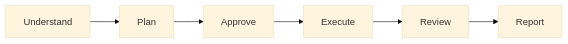
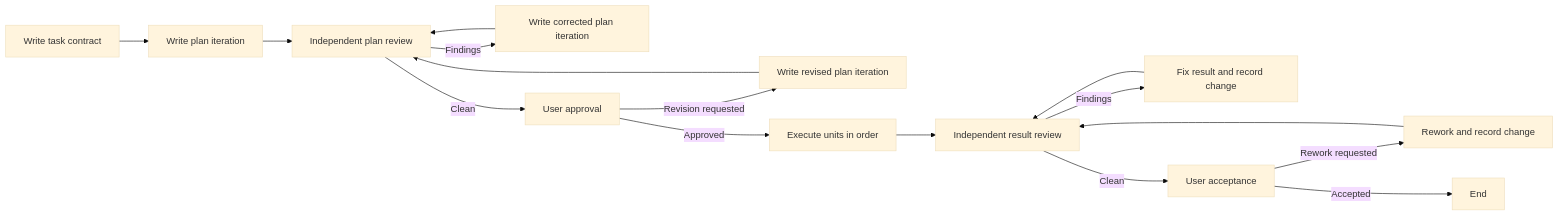
One commit to moira-mcp/moira changed the diagram in packages/docs/src/content/docs/docs/reference/workflows/quick-task.mdx. Above: the diagram before and after it, drawn with Mermaid (base theme). The commit also changed other lines of this file and 91 other files, not shown here.

First line of the commit message:
feat(workflows): apply robust flow refactor bundle

````diff
--- a/packages/docs/src/content/docs/docs/reference/workflows/quick-task.mdx
+++ b/packages/docs/src/content/docs/docs/reference/workflows/quick-task.mdx
@@ -22,8 +22,18 @@
 ```mermaid
 flowchart LR
-    A[Understand] --> B[Plan]
-    B --> C[Approve]
-    C --> D[Execute]
-    D --> E[Review]
-    E --> F[Report]
+    A[Write task contract] --> B[Write plan iteration]
+    B --> C[Independent plan review]
+    C -->|Findings| D[Write corrected plan iteration]
+    D --> C
+    C -->|Clean| E[User approval]
+    E -->|Revision requested| F[Write revised plan iteration]
+    F --> C
+    E -->|Approved| G[Execute units in order]
+    G --> H[Independent result review]
+    H -->|Findings| I[Fix result and record change]
+    I --> H
+    H -->|Clean| J[User acceptance]
+    J -->|Rework requested| K[Rework and record change]
+    K --> H
+    J -->|Accepted| L[End]
 ```
````
